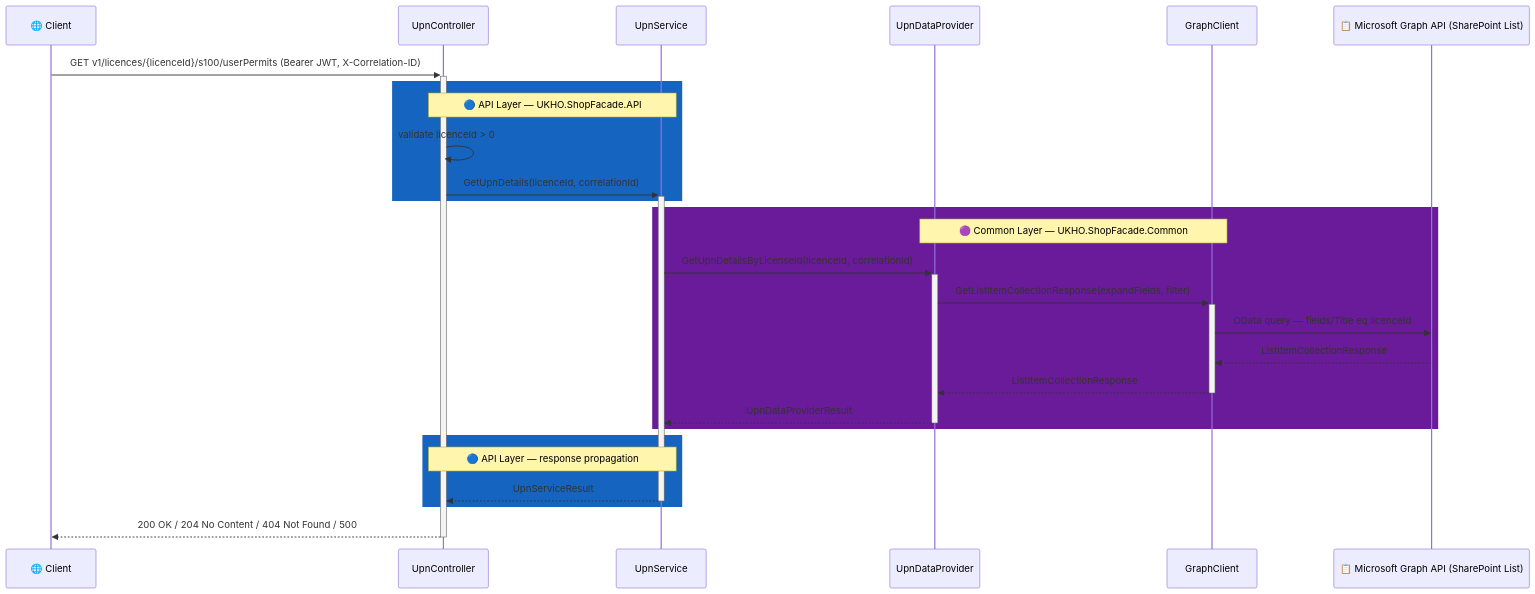
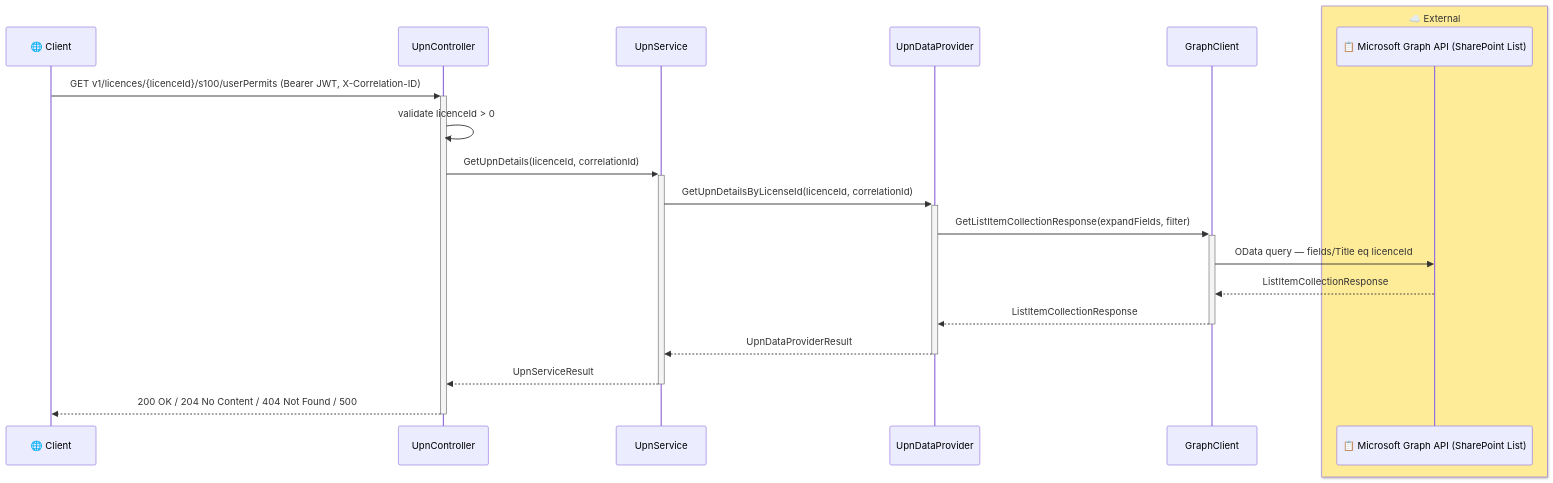
The second of 6 diagrams in .github/copilot-instructions.md (UKHO/Shop-Facade), drawn with Mermaid before and after one commit. The commit also changed other lines of this file, not shown here.

First line of the commit message:
Update Mermaid diagrams to use 'box' for external services

````diff
--- a/.github/copilot-instructions.md
+++ b/.github/copilot-instructions.md
@@ -72,34 +72,23 @@
 ```mermaid
 sequenceDiagram
     participant C as 🌐 Client
     participant UC as UpnController
     participant US as UpnService
     participant DP as UpnDataProvider
     participant GC as GraphClient
-    participant Graph as 📋 Microsoft Graph API (SharePoint List)
+    box rgb(255, 236, 153) ☁️ External
+        participant Graph as 📋 Microsoft Graph API (SharePoint List)
+    end
 
     C->>+UC: GET v1/licences/{licenceId}/s100/userPermits (Bearer JWT, X-Correlation-ID)
-
-    rect rgb(21, 101, 192)
-        note over UC,US: 🔵 API Layer — UKHO.ShopFacade.API
-        UC->>UC: validate licenceId > 0
-        UC->>+US: GetUpnDetails(licenceId, correlationId)
-    end
-
-    rect rgb(106, 27, 154)
-        note over DP,GC: 🟣 Common Layer — UKHO.ShopFacade.Common
-        US->>+DP: GetUpnDetailsByLicenseId(licenceId, correlationId)
-        DP->>+GC: GetListItemCollectionResponse(expandFields, filter)
-        GC->>Graph: OData query — fields/Title eq licenceId
-        Graph-->>GC: ListItemCollectionResponse
-        GC-->>-DP: ListItemCollectionResponse
-        DP-->>-US: UpnDataProviderResult
-    end
-
-    rect rgb(21, 101, 192)
-        note over UC,US: 🔵 API Layer — response propagation
-        US-->>-UC: UpnServiceResult
-    end
-
+    UC->>UC: validate licenceId > 0
+    UC->>+US: GetUpnDetails(licenceId, correlationId)
+    US->>+DP: GetUpnDetailsByLicenseId(licenceId, correlationId)
+    DP->>+GC: GetListItemCollectionResponse(expandFields, filter)
+    GC->>Graph: OData query — fields/Title eq licenceId
+    Graph-->>GC: ListItemCollectionResponse
+    GC-->>-DP: ListItemCollectionResponse
+    DP-->>-US: UpnDataProviderResult
+    US-->>-UC: UpnServiceResult
     UC-->>-C: 200 OK / 204 No Content / 404 Not Found / 500
 ```
````
